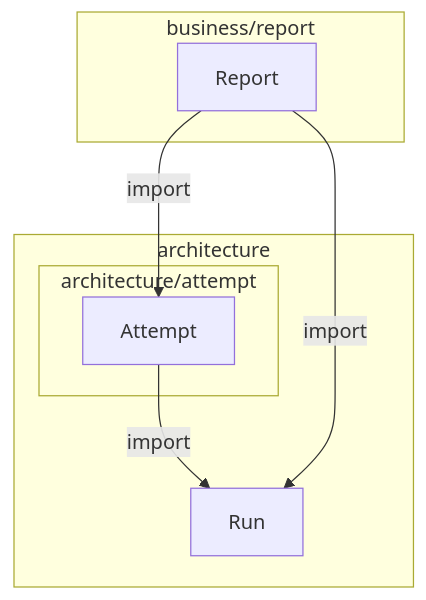
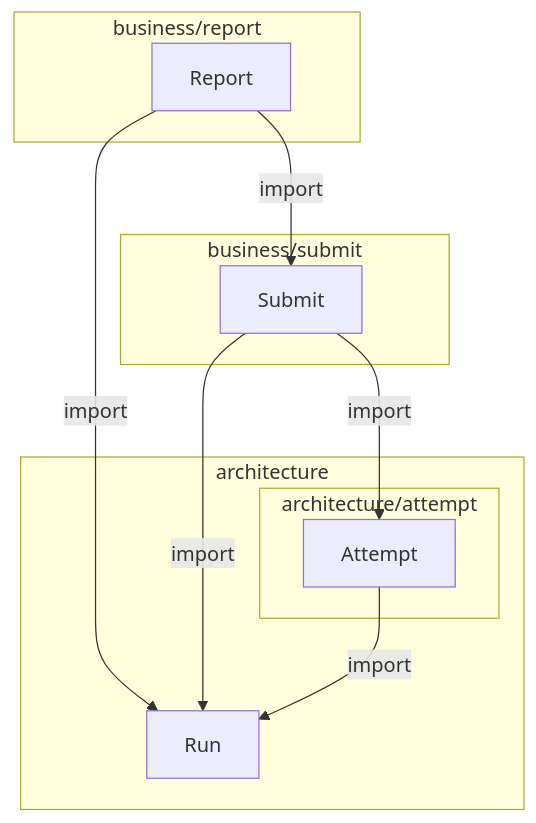
The third of 3 diagrams in skills/software-design/SKILL.md (mouriya-s-lab/SSoT), drawn with Mermaid before and after one commit. The commit also changed other lines of this file and 9 other files, not shown here.

First line of the commit message:
Separate skeleton from architecture; give business its own abstractions

````diff
--- a/skills/software-design/SKILL.md
+++ b/skills/software-design/SKILL.md
@@ -296,15 +314,20 @@
   ```mermaid
   flowchart TB
     subgraph d_architecture["architecture"]
       m_Run["Run"]
       subgraph d_architecture__attempt["architecture/attempt"]
         m_Attempt["Attempt"]
       end
     end
     subgraph d_business__report["business/report"]
       m_Report["Report"]
     end
+    subgraph d_business__submit["business/submit"]
+      m_Submit["Submit"]
+    end
     m_Attempt -->|import| m_Run
     m_Report -->|import| m_Run
-    m_Report -->|import| m_Attempt
+    m_Report -->|import| m_Submit
+    m_Submit -->|import| m_Run
+    m_Submit -->|import| m_Attempt
   ```
````
